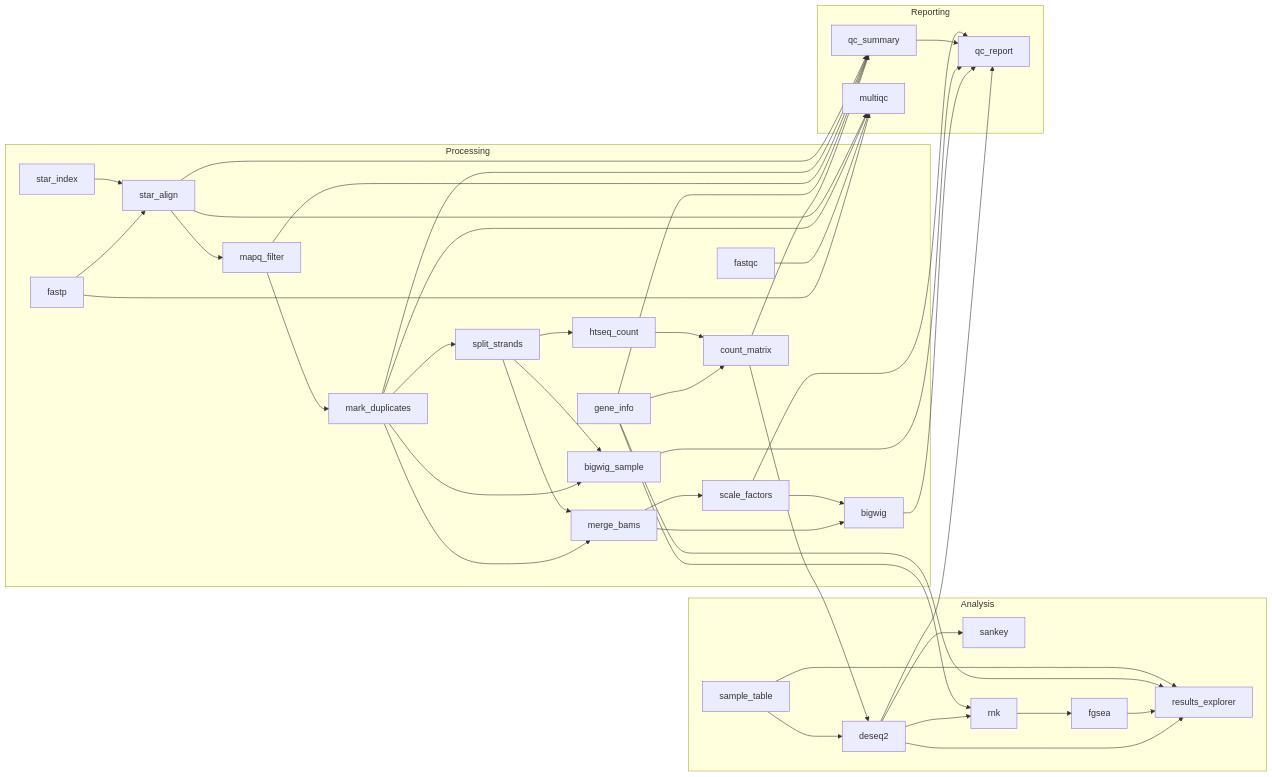
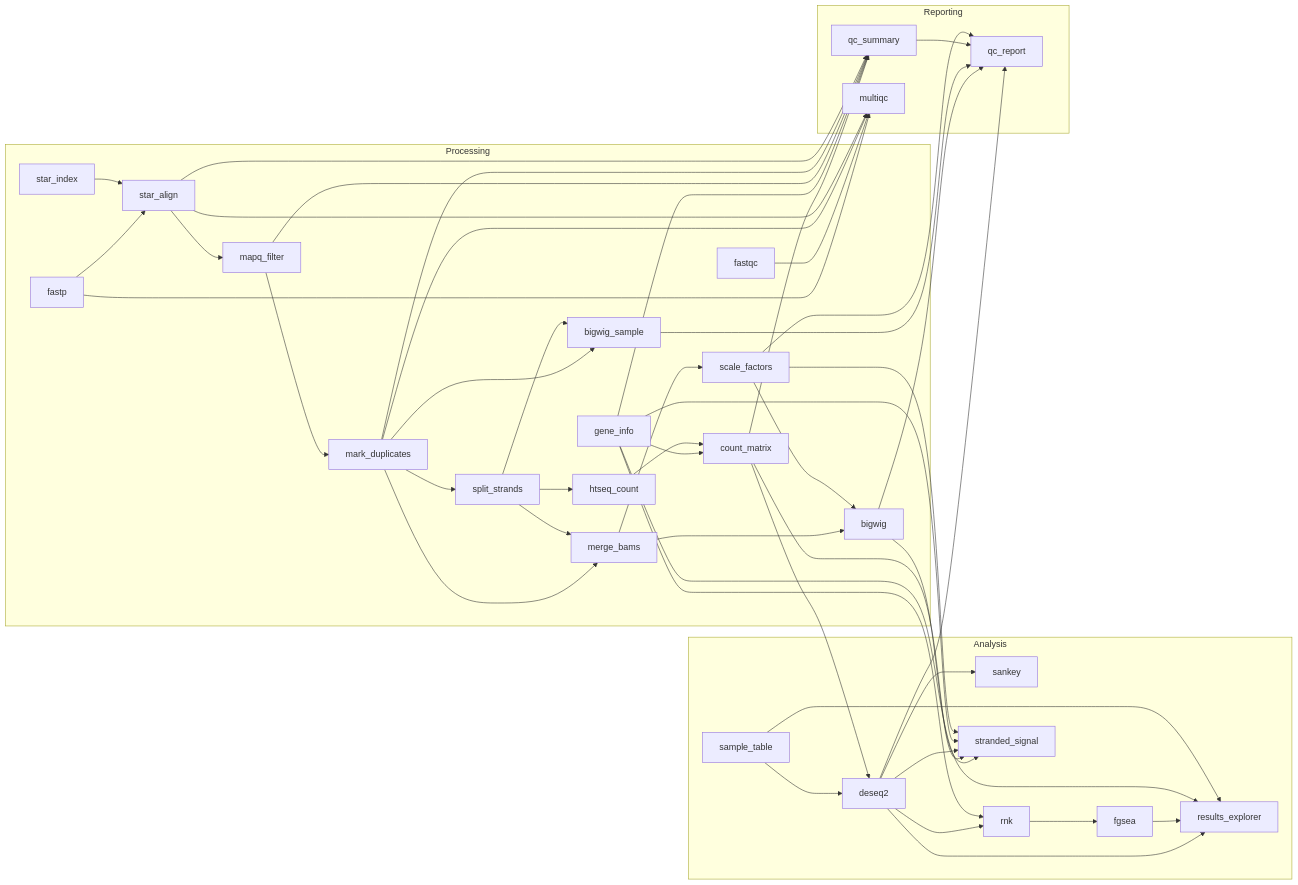
Before and after one commit to jpflores-13/TTpipe: the diagram in CODE_GUIDE.md, drawn with Mermaid. The commit also changed other lines of this file and 40 other files, not shown here.

Commit message:
Stranded signal page; optional spike-in normalization (experimental); human+ERCC memory in Pioneer profile

````diff
--- a/CODE_GUIDE.md
+++ b/CODE_GUIDE.md
@@ -94,71 +95,77 @@
 ```mermaid
 flowchart LR
   subgraph Processing["Processing"]
     fastqc[fastqc]
     mark_duplicates[mark_duplicates]
     mapq_filter[mapq_filter]
     star_align[star_align]
     fastp[fastp]
     star_index[star_index]
     split_strands[split_strands]
     bigwig[bigwig]
     merge_bams[merge_bams]
     scale_factors[scale_factors]
     bigwig_sample[bigwig_sample]
     count_matrix[count_matrix]
     htseq_count[htseq_count]
     gene_info[gene_info]
   end
   subgraph Analysis["Analysis"]
     sample_table[sample_table]
     deseq2[deseq2]
     sankey[sankey]
     fgsea[fgsea]
     rnk[rnk]
     results_explorer[results_explorer]
+    stranded_signal[stranded_signal]
   end
   subgraph Reporting["Reporting"]
     qc_report[qc_report]
     qc_summary[qc_summary]
     multiqc[multiqc]
   end
   bigwig --> qc_report
+  bigwig --> stranded_signal
   bigwig_sample --> qc_report
   count_matrix --> deseq2
   count_matrix --> qc_summary
+  count_matrix --> stranded_signal
   deseq2 --> qc_report
   deseq2 --> results_explorer
   deseq2 --> rnk
   deseq2 --> sankey
+  deseq2 --> stranded_signal
   fastp --> multiqc
   fastp --> star_align
   fastqc --> multiqc
   fgsea --> results_explorer
   gene_info --> count_matrix
   gene_info --> qc_summary
   gene_info --> results_explorer
   gene_info --> rnk
+  gene_info --> stranded_signal
   htseq_count --> count_matrix
   mapq_filter --> mark_duplicates
   mapq_filter --> qc_summary
   mark_duplicates --> bigwig_sample
   mark_duplicates --> merge_bams
   mark_duplicates --> multiqc
   mark_duplicates --> qc_summary
   mark_duplicates --> split_strands
   merge_bams --> bigwig
   merge_bams --> scale_factors
   qc_summary --> qc_report
   rnk --> fgsea
   sample_table --> deseq2
   sample_table --> results_explorer
   scale_factors --> bigwig
   scale_factors --> qc_report
+  scale_factors --> stranded_signal
   split_strands --> bigwig_sample
   split_strands --> htseq_count
   split_strands --> merge_bams
   star_align --> mapq_filter
   star_align --> multiqc
   star_align --> qc_summary
   star_index --> star_align
 ```
````
